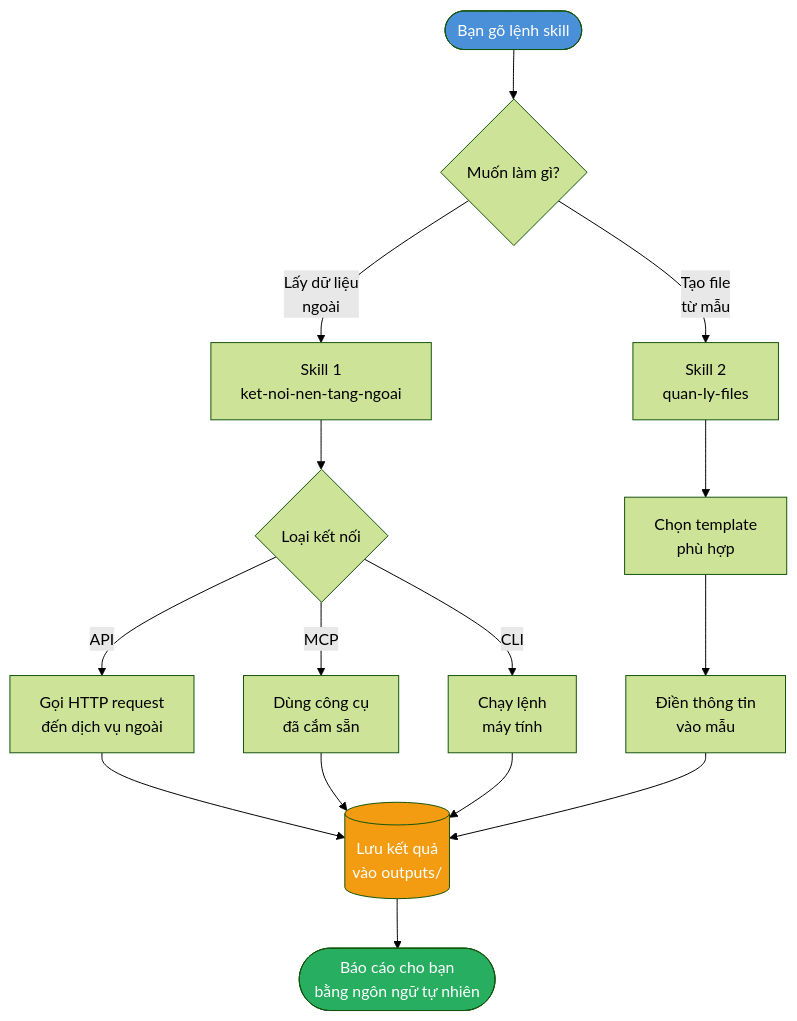
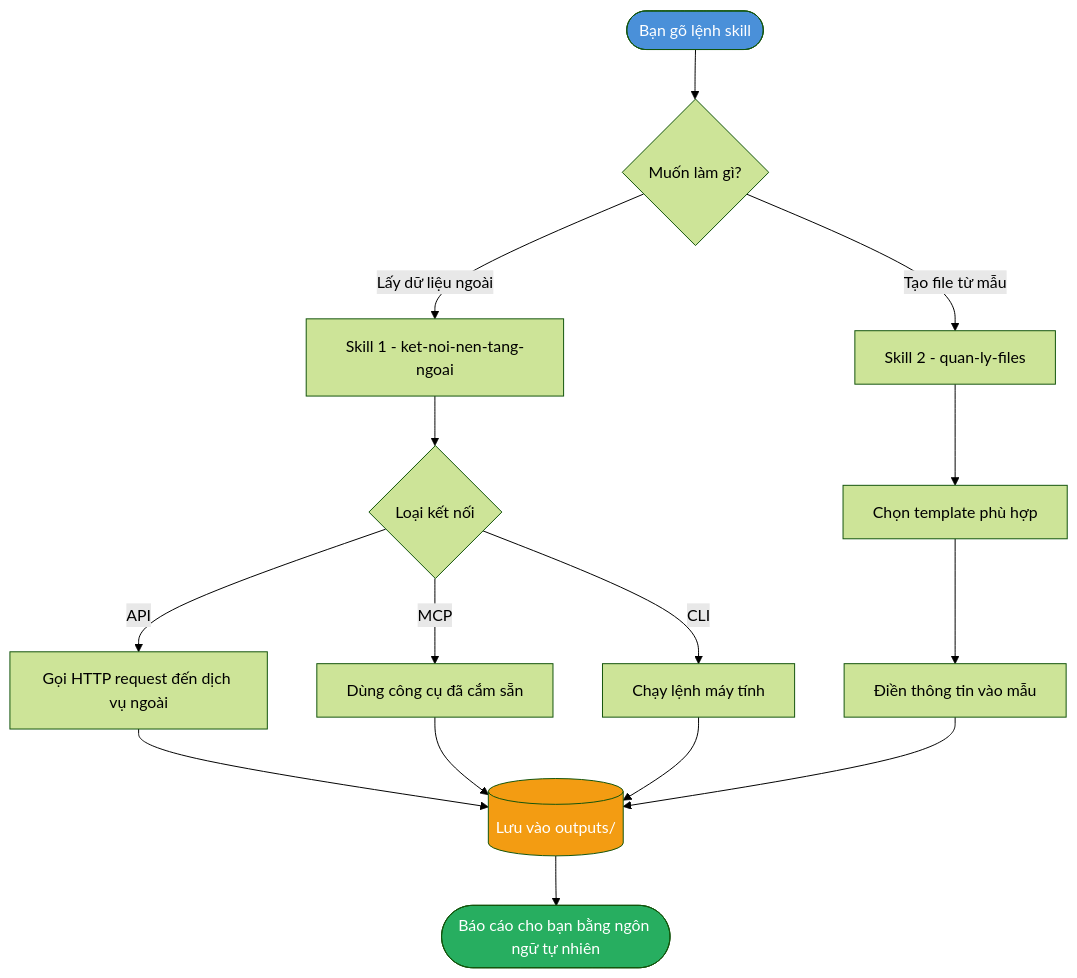
One commit to bochidung642-blip/1-kh-ng-gian-l-m-vi-c-c-nh-n-v-i-c-c-skills changed the second of 3 diagrams in README.md. Above: the diagram before and after it, drawn with Mermaid (forest theme). The commit also changed other lines of this file, not shown here.

First line of the commit message:
fix: sửa lỗi render Mermaid diagram trên GitHub

````diff
--- a/README.md
+++ b/README.md
@@ -59,24 +56,26 @@
 ```mermaid
 flowchart TD
     A([Bạn gõ lệnh skill]) --> B{Muốn làm gì?}
 
-    B -->|Lấy dữ liệu\nngoài| C[Skill 1\nket-noi-nen-tang-ngoai]
-    B -->|Tạo file\ntừ mẫu| D[Skill 2\nquan-ly-files]
+    B -->|Lấy dữ liệu ngoài| C[Skill 1 - ket-noi-nen-tang-ngoai]
+    B -->|Tạo file từ mẫu| D[Skill 2 - quan-ly-files]
 
     C --> C1{Loại kết nối}
-    C1 -->|API| C2[Gọi HTTP request\nđến dịch vụ ngoài]
-    C1 -->|MCP| C3[Dùng công cụ\nđã cắm sẵn]
-    C1 -->|CLI| C4[Chạy lệnh\nmáy tính]
+    C1 -->|API| C2[Gọi HTTP request đến dịch vụ ngoài]
+    C1 -->|MCP| C3[Dùng công cụ đã cắm sẵn]
+    C1 -->|CLI| C4[Chạy lệnh máy tính]
 
-    D --> D1[Chọn template\nphù hợp]
-    D1 --> D2[Điền thông tin\nvào mẫu]
+    D --> D1[Chọn template phù hợp]
+    D1 --> D2[Điền thông tin vào mẫu]
 
-    C2 & C3 & C4 --> E[(Lưu kết quả\nvào outputs/)]
+    C2 --> E[(Lưu vào outputs/)]
+    C3 --> E
+    C4 --> E
     D2 --> E
 
-    E --> F([Báo cáo cho bạn\nbằng ngôn ngữ tự nhiên])
+    E --> F([Báo cáo cho bạn bằng ngôn ngữ tự nhiên])
 
     style A fill:#4A90D9,color:#fff
     style F fill:#27AE60,color:#fff
     style E fill:#F39C12,color:#fff
 ```
````
